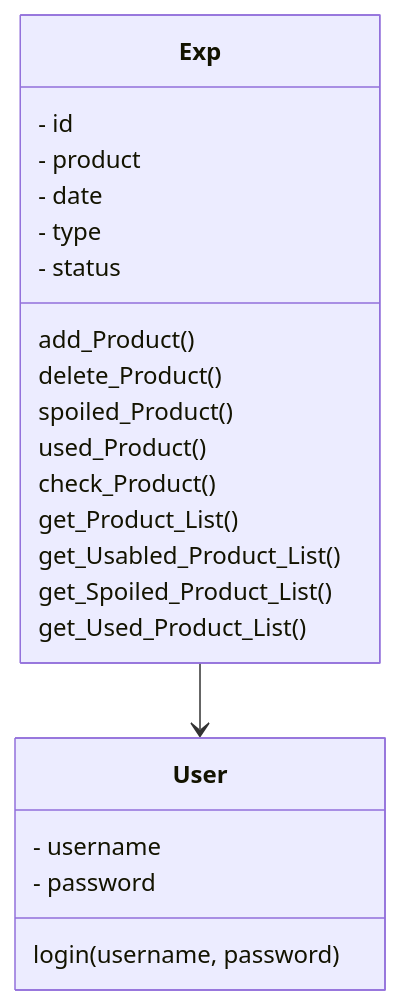
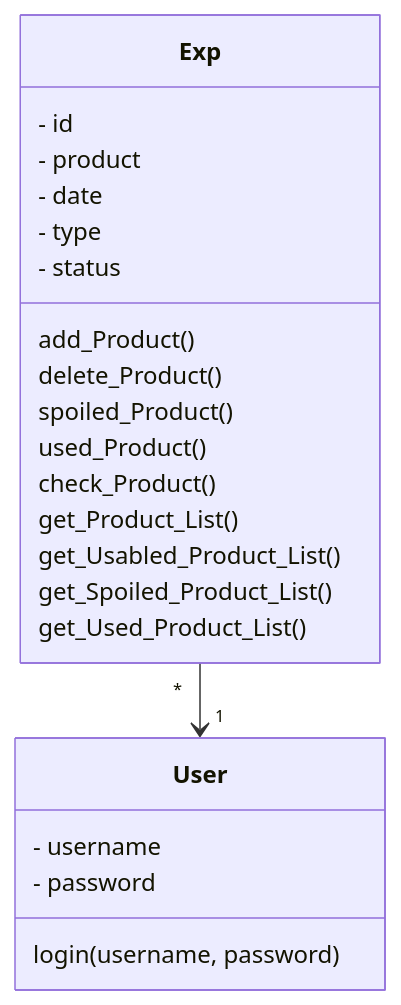
One commit to Eoyie/ot-harjoitustyo changed the diagram in harjoitustyo_luokkakaavio.md. Above: the diagram before and after it, drawn with Mermaid.

````diff
--- a/harjoitustyo_luokkakaavio.md
+++ b/harjoitustyo_luokkakaavio.md
@@ -1,25 +1,25 @@
 ```mermaid
   classDiagram
-    Exp --> User
+    Exp "*" --> "1" User
     class Exp{
         - id
         - product
         - date
         - type
         - status
         add_Product()
         delete_Product()
         spoiled_Product()
         used_Product()
         check_Product()
         get_Product_List()
         get_Usabled_Product_List()
         get_Spoiled_Product_List()
         get_Used_Product_List()
      }
      class User{
         - username
         - password
         login(username, password)
      }
 ```
````
